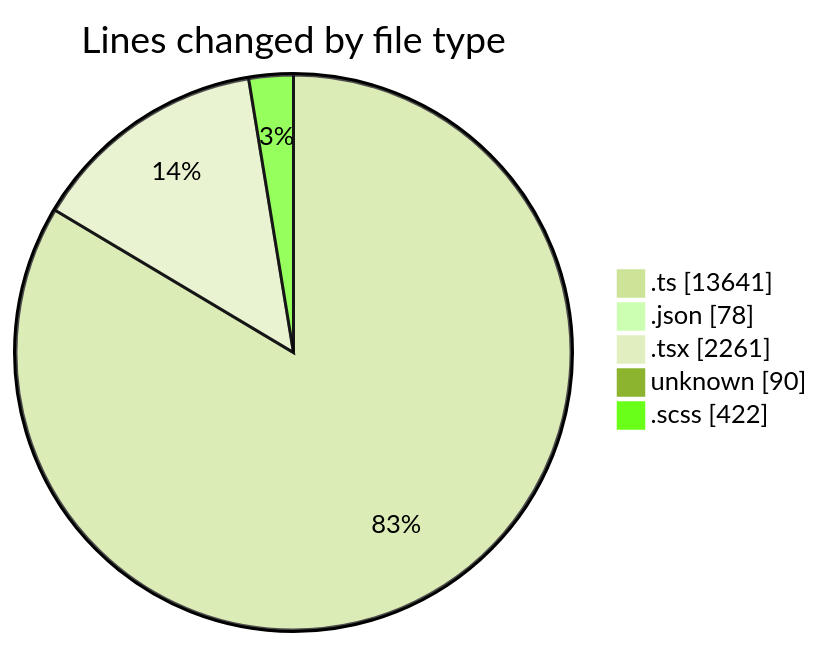
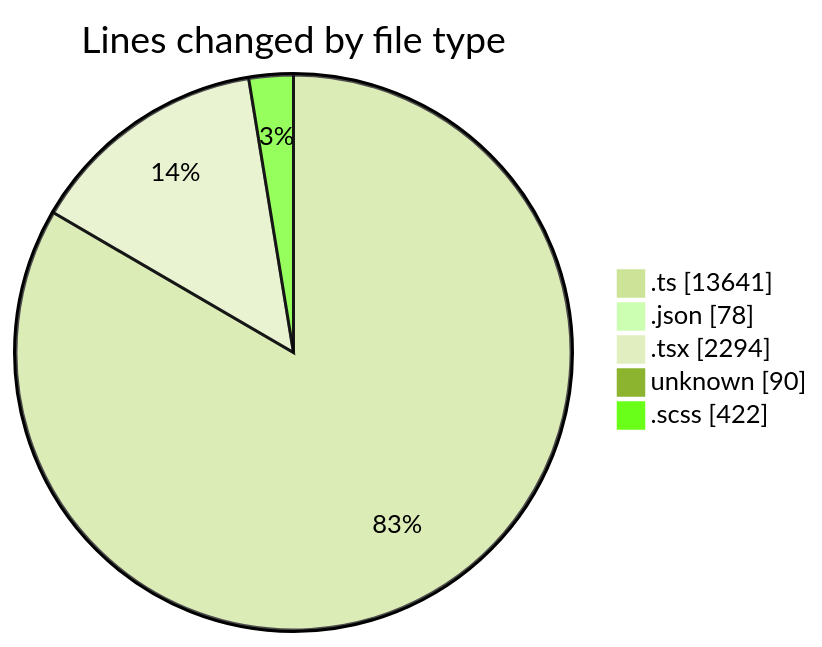
The first of 2 diagrams in 2025-08-29/cda/README.md (momahboobian/code-tracking), drawn with Mermaid (forest theme) before and after one commit. The commit also changed other lines of this file and 1 other file, not shown here.

````diff
--- a/2025-08-29/cda/README.md
+++ b/2025-08-29/cda/README.md
@@ -34,9 +34,9 @@
 ```mermaid
 pie showData
 title Lines changed by file type
 ".ts" : 13641
 ".json" : 78
-".tsx" : 2261
+".tsx" : 2294
 "unknown" : 90
 ".scss" : 422
 ```
````
